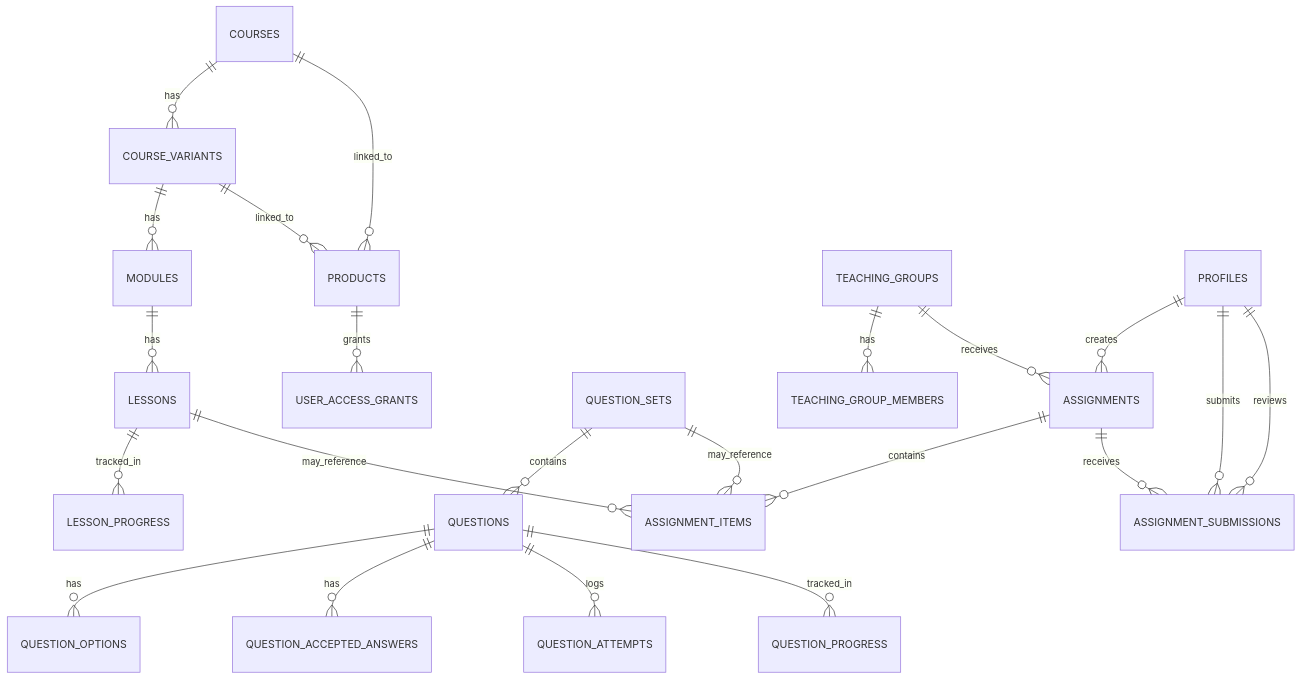
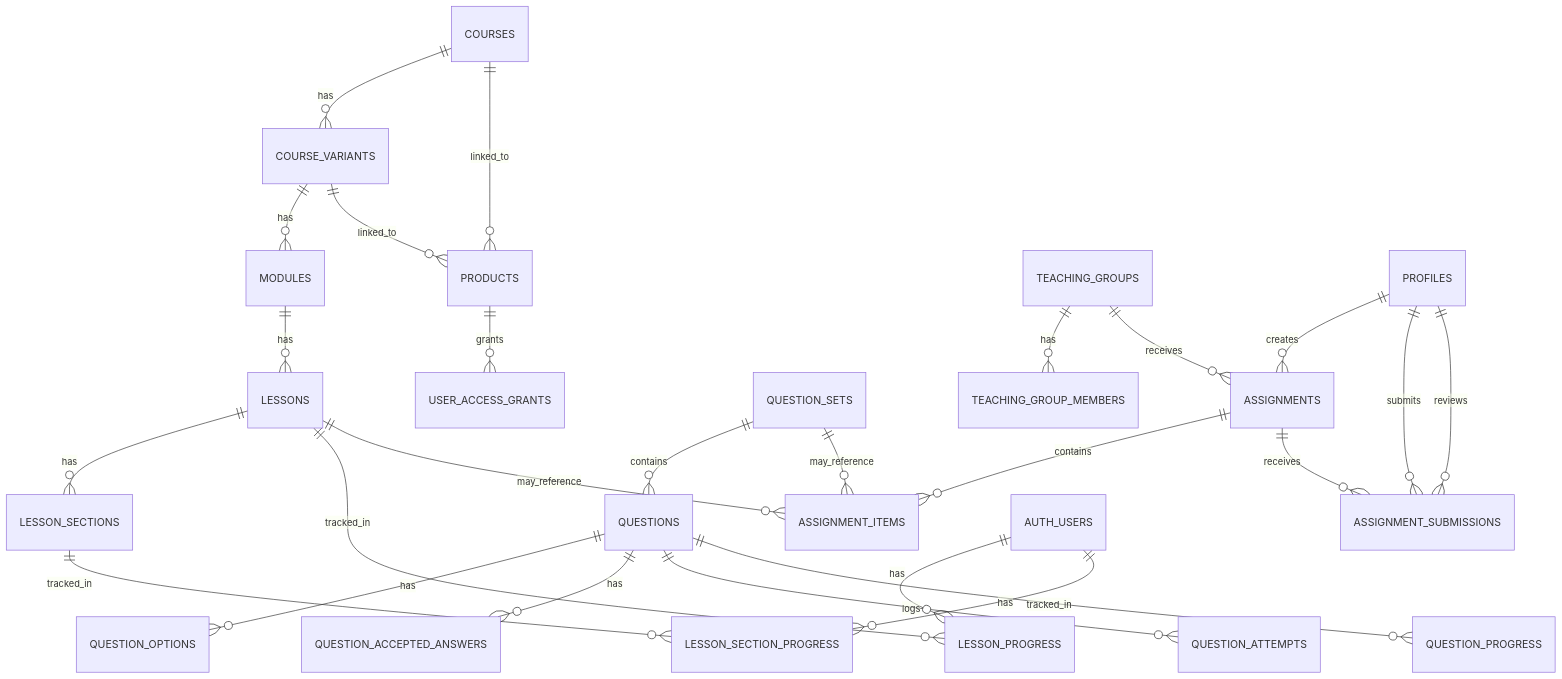
Before and after one commit to AntonV0/gcse-russian-platform: the second of 2 diagrams in docs/architecture.md, drawn with Mermaid. The commit also changed other lines of this file and 2 other files, not shown here.

Commit message:
docs(architecture): update system docs with section-based lesson flow and DB-backed progress

````diff
--- a/docs/architecture.md
+++ b/docs/architecture.md
@@ -312,32 +389,36 @@
 ```mermaid
 erDiagram
 
   COURSES ||--o{ COURSE_VARIANTS : has
   COURSE_VARIANTS ||--o{ MODULES : has
   MODULES ||--o{ LESSONS : has
+  LESSONS ||--o{ LESSON_SECTIONS : has
+  LESSON_SECTIONS ||--o{ LESSON_SECTION_PROGRESS : tracked_in
 
   COURSES ||--o{ PRODUCTS : linked_to
   COURSE_VARIANTS ||--o{ PRODUCTS : linked_to
   PRODUCTS ||--o{ USER_ACCESS_GRANTS : grants
 
   QUESTION_SETS ||--o{ QUESTIONS : contains
   QUESTIONS ||--o{ QUESTION_OPTIONS : has
   QUESTIONS ||--o{ QUESTION_ACCEPTED_ANSWERS : has
   QUESTIONS ||--o{ QUESTION_ATTEMPTS : logs
   QUESTIONS ||--o{ QUESTION_PROGRESS : tracked_in
 
   LESSONS ||--o{ LESSON_PROGRESS : tracked_in
 
   TEACHING_GROUPS ||--o{ TEACHING_GROUP_MEMBERS : has
   TEACHING_GROUPS ||--o{ ASSIGNMENTS : receives
 
   ASSIGNMENTS ||--o{ ASSIGNMENT_ITEMS : contains
   ASSIGNMENTS ||--o{ ASSIGNMENT_SUBMISSIONS : receives
 
   LESSONS ||--o{ ASSIGNMENT_ITEMS : may_reference
   QUESTION_SETS ||--o{ ASSIGNMENT_ITEMS : may_reference
 
   PROFILES ||--o{ ASSIGNMENTS : creates
   PROFILES ||--o{ ASSIGNMENT_SUBMISSIONS : submits
   PROFILES ||--o{ ASSIGNMENT_SUBMISSIONS : reviews
+  AUTH_USERS ||--o{ LESSON_PROGRESS : has
+  AUTH_USERS ||--o{ LESSON_SECTION_PROGRESS : has
 ```
````
